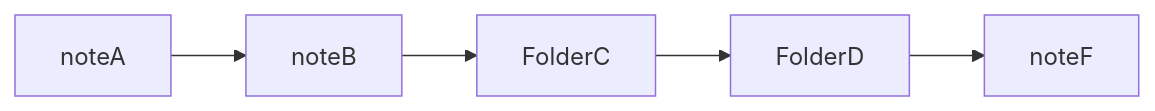
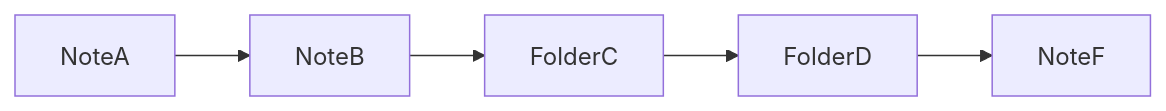
One commit to zigholding/obsidian-notechain-plugin changed the second of 2 diagrams in README.md. Above: the diagram before and after it, drawn with Mermaid. The commit also changed other lines of this file and 8 other files, not shown here.

````diff
--- a/README.md
+++ b/README.md
@@ -55,4 +97,4 @@
 ```mermaid
 graph LR
-noteA --> noteB --> FolderC --> FolderD --> noteF
+NoteA --> NoteB --> FolderC --> FolderD --> NoteF
 ```
````
